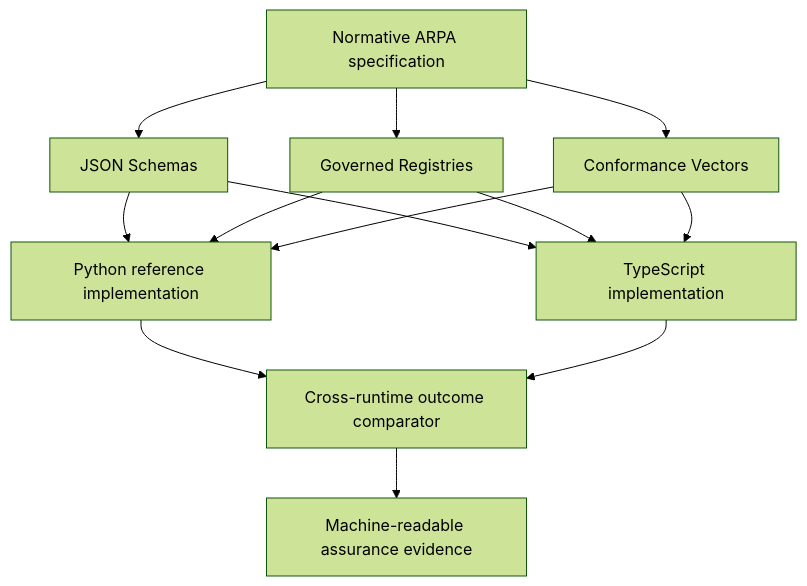
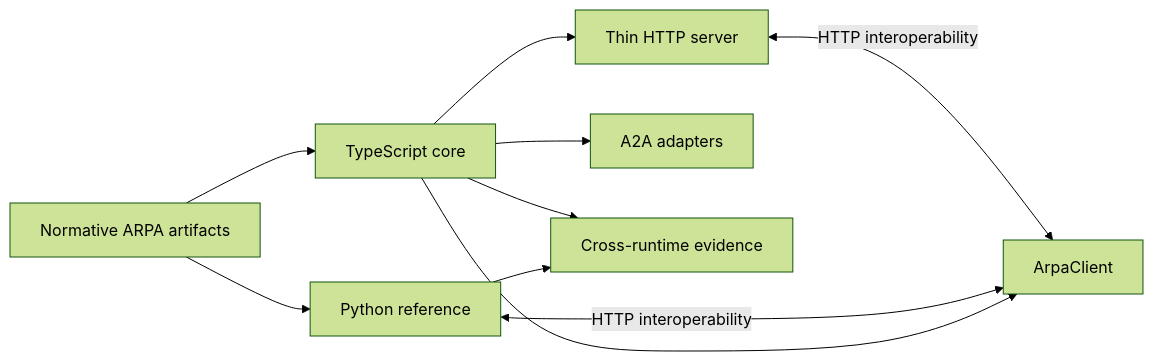
Before and after one commit to sankarshanmukhopadhyay/agent-registry-protocol: the diagram in docs/typescript-implementation.md, drawn with Mermaid (forest theme). The commit also changed other lines of this file and 58 other files, not shown here.

First line of the commit message:
feat(interop): complete TypeScript network interoperability and developer navigation

````diff
--- a/docs/typescript-implementation.md
+++ b/docs/typescript-implementation.md
@@ -63,15 +84,12 @@
 ```mermaid
-flowchart TD
-  N[Normative ARPA specification] --> S[JSON Schemas]
-  N --> R[Governed Registries]
-  N --> V[Conformance Vectors]
-  S --> P[Python reference implementation]
-  R --> P
-  V --> P
-  S --> T[TypeScript implementation]
-  R --> T
-  V --> T
-  P --> C[Cross-runtime outcome comparator]
-  T --> C
-  C --> E[Machine-readable assurance evidence]
+flowchart LR
+  N[Normative ARPA artifacts] --> P[Python reference]
+  N --> T[TypeScript core]
+  T --> H[Thin HTTP server]
+  T --> C[ArpaClient]
+  T --> A[A2A adapters]
+  P <-->|HTTP interoperability| C
+  H <-->|HTTP interoperability| C
+  P --> E[Cross-runtime evidence]
+  T --> E
 ```
````
